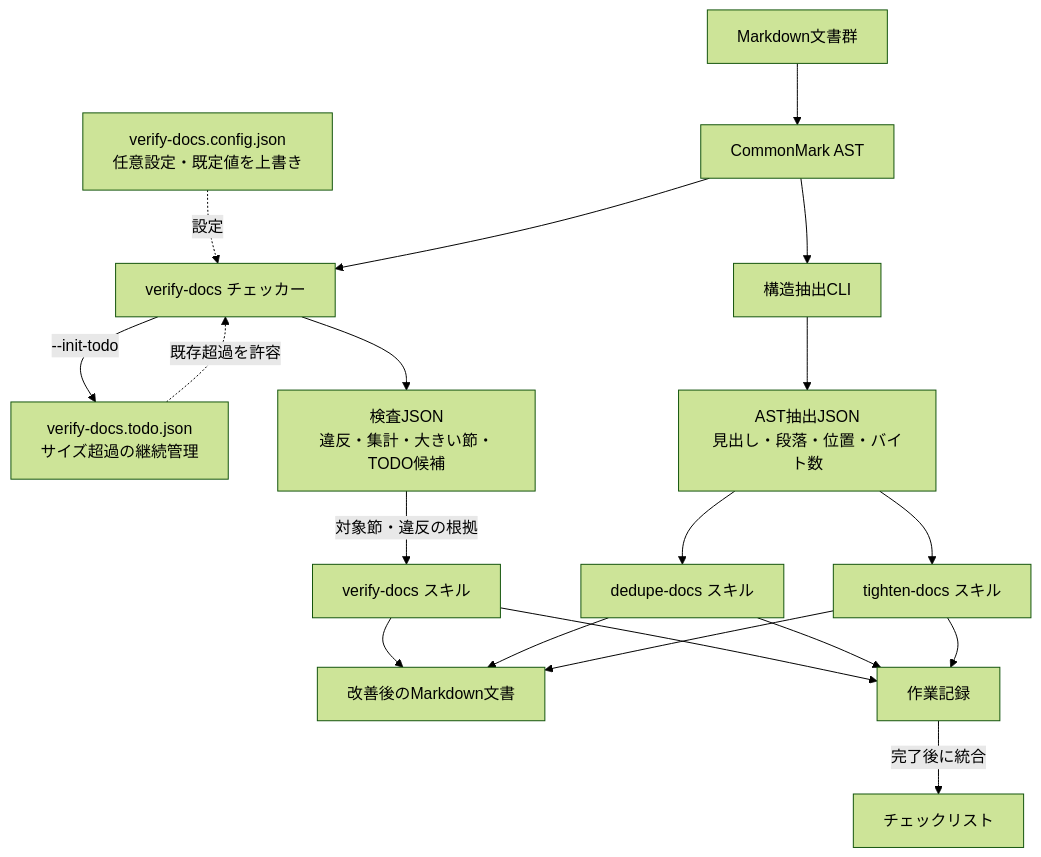
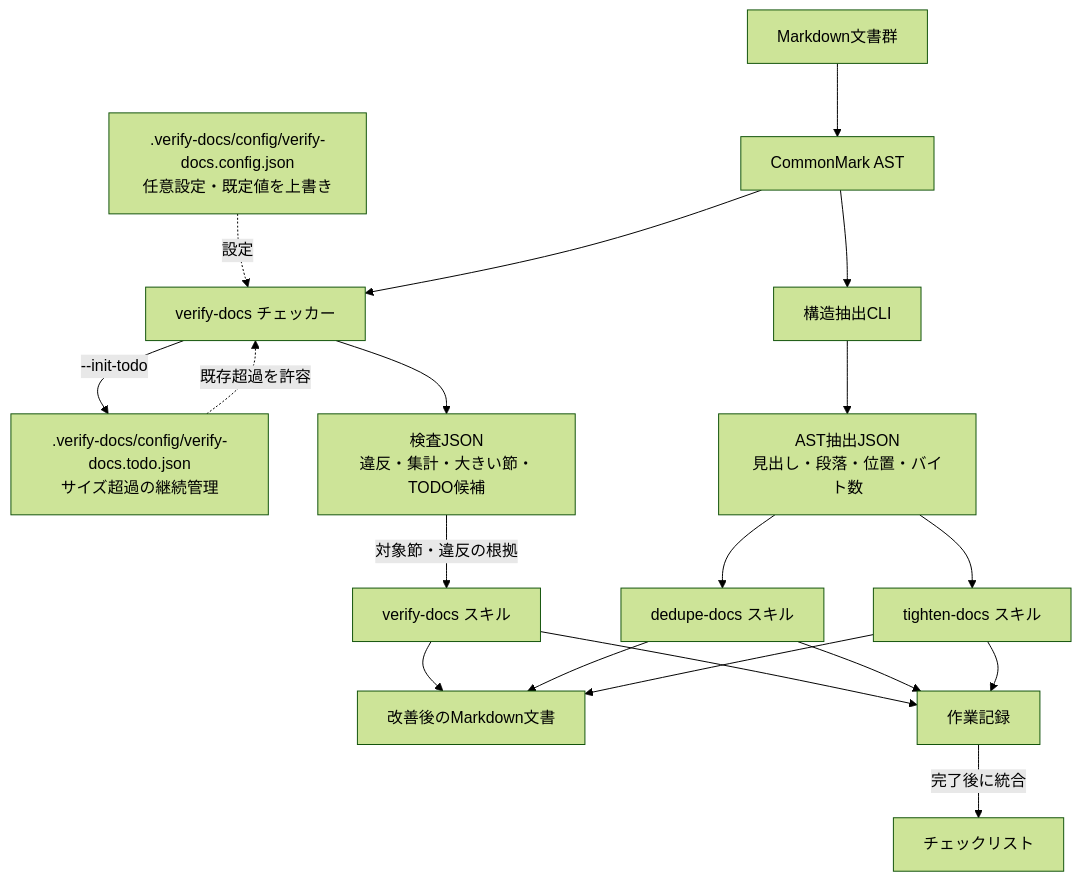
The diagram in packages/verify-docs/README.md (MichinaoShimizu/claude-kit), drawn with Mermaid (forest theme) before and after one commit. The commit also changed other lines of this file and 19 other files, not shown here.

````diff
--- a/packages/verify-docs/README.md
+++ b/packages/verify-docs/README.md
@@ -83,37 +87,37 @@
 ```mermaid
 flowchart TD
     Docs[Markdown文書群]
-    Config[verify-docs.config.json<br/>任意設定・既定値を上書き]
-    Todo[verify-docs.todo.json<br/>サイズ超過の継続管理]
+    Config[.verify-docs/config/verify-docs.config.json<br/>任意設定・既定値を上書き]
+    Todo[.verify-docs/config/verify-docs.todo.json<br/>サイズ超過の継続管理]
     AST[CommonMark AST]
     Checker[verify-docs チェッカー]
     CheckJSON[検査JSON<br/>違反・集計・大きい節・TODO候補]
     Extractor[構造抽出CLI]
     ASTJSON[AST抽出JSON<br/>見出し・段落・位置・バイト数]
     VerifySkill[verify-docs スキル]
     Dedupe[dedupe-docs スキル]
     Tighten[tighten-docs スキル]
     UpdatedDocs[改善後のMarkdown文書]
     WorkRecords[作業記録]
     Checklist[チェックリスト]
 
     Docs --> AST
     Config -.設定.-> Checker
     Todo -.既存超過を許容.-> Checker
     AST --> Checker
     Checker --> CheckJSON
     Checker -->|--init-todo| Todo
     CheckJSON -->|対象節・違反の根拠| VerifySkill
     VerifySkill --> WorkRecords
     VerifySkill --> UpdatedDocs
 
     AST --> Extractor
     Extractor --> ASTJSON
     ASTJSON --> Dedupe
     ASTJSON --> Tighten
     Dedupe --> WorkRecords
     Tighten --> WorkRecords
     WorkRecords -->|完了後に統合| Checklist
     Dedupe --> UpdatedDocs
     Tighten --> UpdatedDocs
 ```
````
